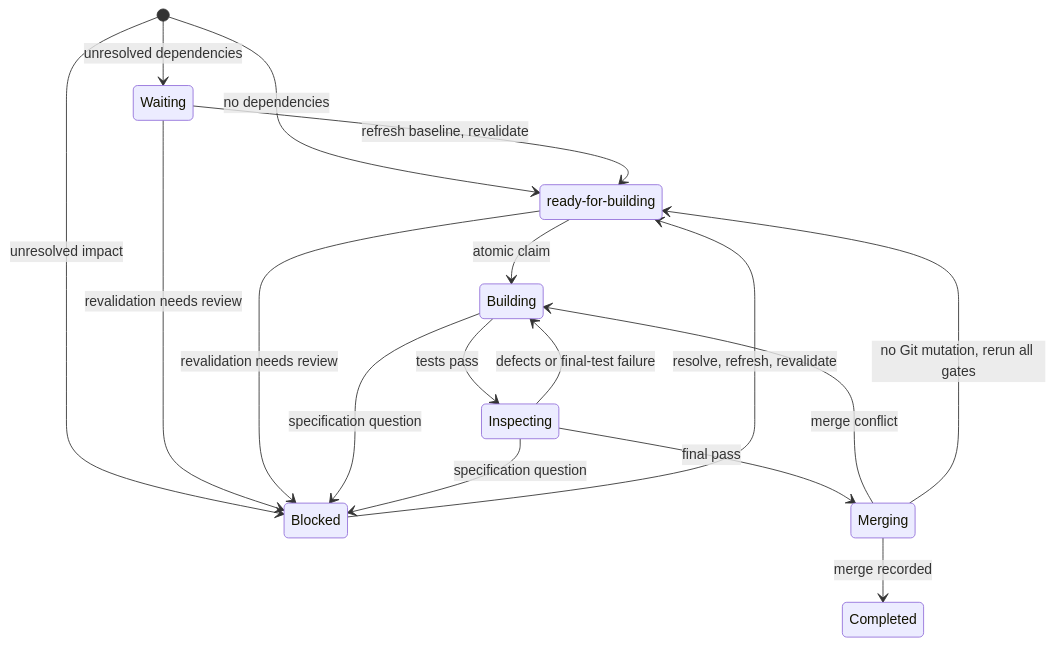
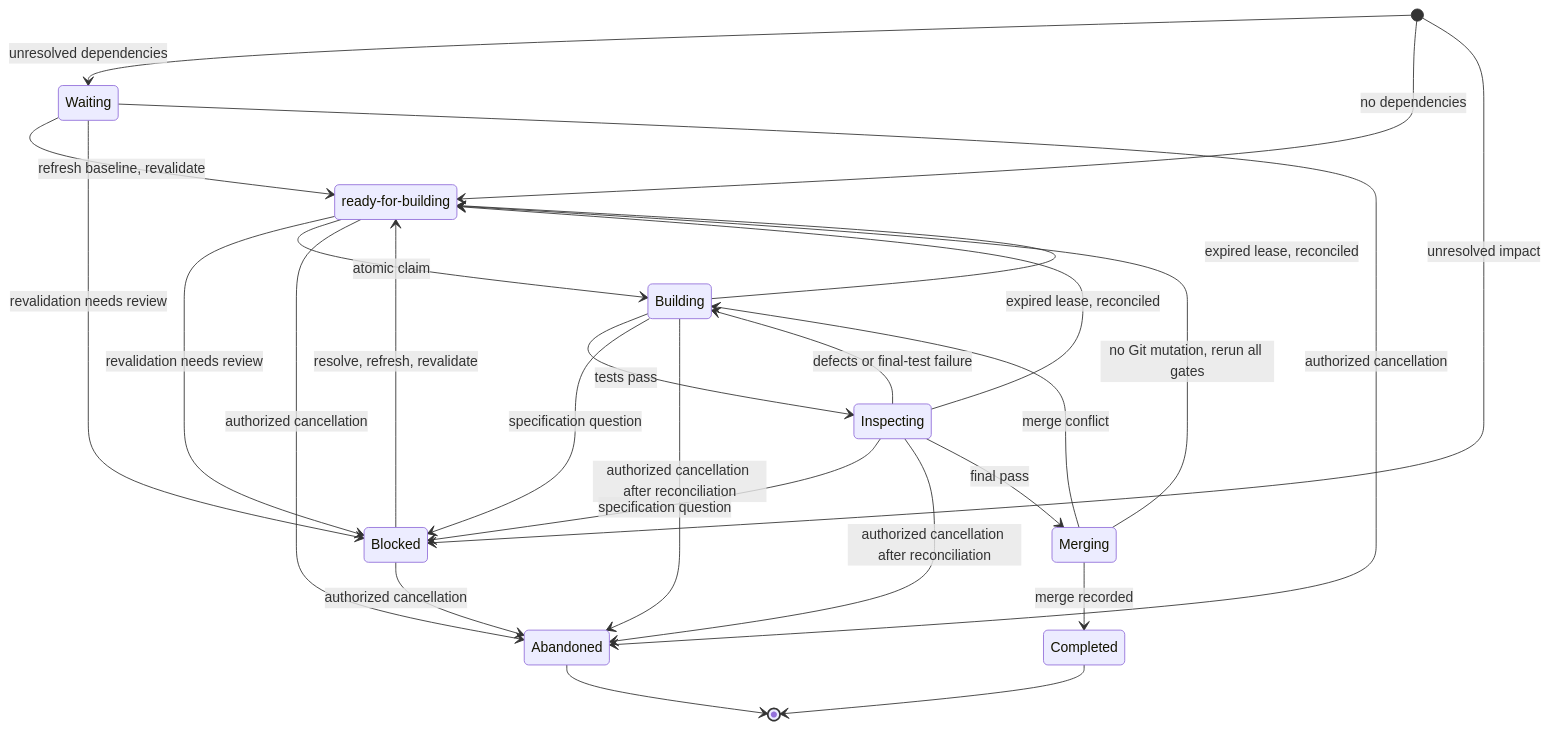
Before and after one commit to JohnStrunk/ProtoBot: the ninth of 10 diagrams in docs/architecture/user-interaction-flow.md, drawn with Mermaid. The commit also changed other lines of this file and 3 other files, not shown here.

````diff
--- a/docs/architecture/user-interaction-flow.md
+++ b/docs/architecture/user-interaction-flow.md
@@ -1023,20 +1023,29 @@
 ```mermaid
 stateDiagram-v2
     state "ready-for-building" as Ready
     [*] --> Waiting: unresolved dependencies
     [*] --> Ready: no dependencies
     [*] --> Blocked: unresolved impact
     Waiting --> Ready: refresh baseline, revalidate
     Waiting --> Blocked: revalidation needs review
+    Waiting --> Abandoned: authorized cancellation
     Ready --> Blocked: revalidation needs review
     Ready --> Building: atomic claim
+    Ready --> Abandoned: authorized cancellation
     Building --> Inspecting: tests pass
     Building --> Blocked: specification question
+    Building --> Ready: expired lease, reconciled
+    Building --> Abandoned: authorized cancellation after reconciliation
     Inspecting --> Blocked: specification question
     Inspecting --> Building: defects or final-test failure
+    Inspecting --> Ready: expired lease, reconciled
+    Inspecting --> Abandoned: authorized cancellation after reconciliation
     Blocked --> Ready: resolve, refresh, revalidate
+    Blocked --> Abandoned: authorized cancellation
     Inspecting --> Merging: final pass
     Merging --> Building: merge conflict
     Merging --> Completed: merge recorded
     Merging --> Ready: no Git mutation, rerun all gates
+    Completed --> [*]
+    Abandoned --> [*]
 ```
````
